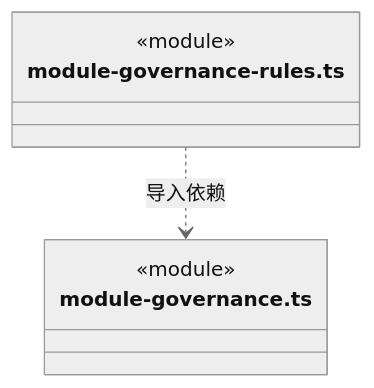
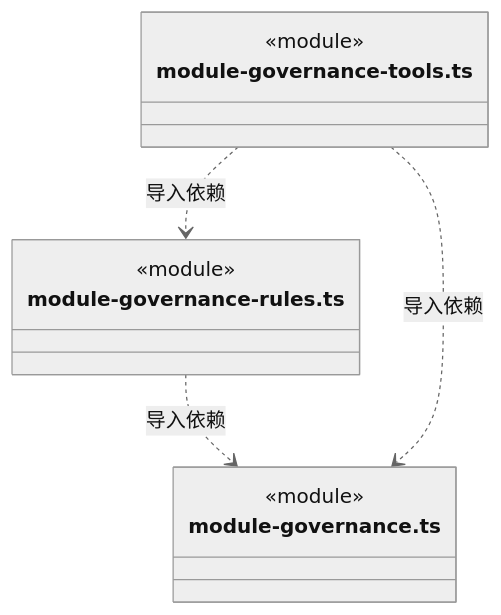
Before and after one commit to nan023062/cbim: diagram 13 of 13 in src/backend/core/governance/ARCHITECTURE.md, drawn with Mermaid (neutral theme). The commit also changed other lines of this file and 53 other files, not shown here.

````diff
--- a/src/backend/core/governance/ARCHITECTURE.md
+++ b/src/backend/core/governance/ARCHITECTURE.md
@@ -230,10 +343,15 @@
 ```mermaid
 classDiagram
 class N_src_backend_core_governance_module_governance_rules_ts["module-governance-rules.ts"] {
   <<module>>
 }
 class N_src_backend_core_governance_module_governance_ts["module-governance.ts"] {
   <<module>>
 }
+class N_src_backend_core_governance_module_governance_tools_ts["module-governance-tools.ts"] {
+  <<module>>
+}
 N_src_backend_core_governance_module_governance_rules_ts ..> N_src_backend_core_governance_module_governance_ts : 导入依赖
+N_src_backend_core_governance_module_governance_tools_ts ..> N_src_backend_core_governance_module_governance_rules_ts : 导入依赖
+N_src_backend_core_governance_module_governance_tools_ts ..> N_src_backend_core_governance_module_governance_ts : 导入依赖
 ```
````
